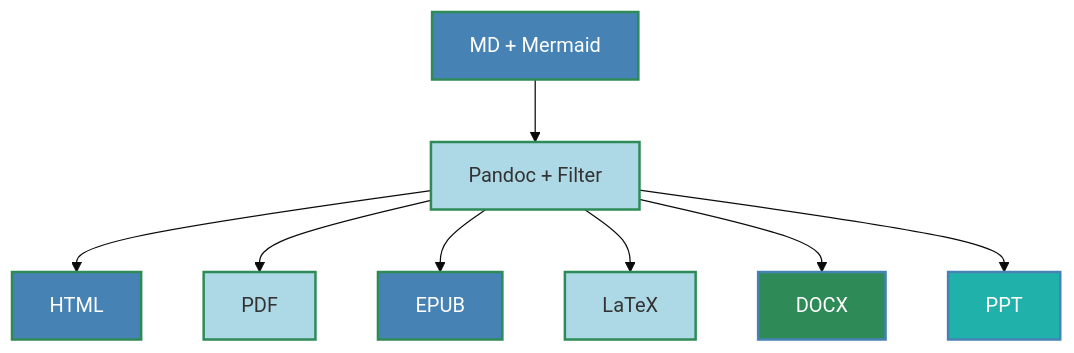
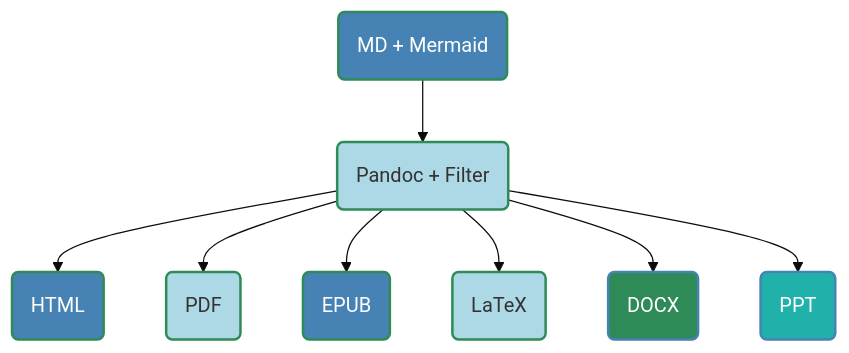
The eighth of 11 diagrams in README.md (buckeye43210/markdown-to-snowkb), drawn with Mermaid (base theme) before and after one commit. The commit also changed other lines of this file and 1 other file, not shown here.

````diff
--- a/README.md
+++ b/README.md
@@ -378,19 +379,20 @@
 ```mermaid
 graph TD
-    A[MD + Mermaid] --> B[Pandoc + Filter]
-    B --> C[HTML]
-    B --> D[PDF]
-    B --> E[EPUB]
-    B --> F[LaTeX]
-    B --> G[DOCX]
-    B --> H[PPT]
+    A(MD + Mermaid)
+    A --> B(Pandoc + Filter)
+    B --> C(HTML)
+    B --> D(PDF)
+    B --> E(EPUB)
+    B --> F(LaTeX)
+    B --> G(DOCX)
+    B --> H(PPT)
 
     style A fill:#4682B4,stroke:#2E8B57,stroke-width:2px,color:#FFFFFF
     style B fill:#ADD8E6,stroke:#2E8B57,stroke-width:2px
     style C fill:#4682B4,stroke:#2E8B57,stroke-width:2px,color:#FFFFFF
     style D fill:#ADD8E6,stroke:#2E8B57,stroke-width:2px
     style E fill:#4682B4,stroke:#2E8B57,stroke-width:2px,color:#FFFFFF
     style F fill:#ADD8E6,stroke:#2E8B57,stroke-width:2px
     style G fill:#2E8B57,stroke:#4682B4,stroke-width:2px,color:#FFFFFF
     style H fill:#20B2AA,stroke:#4682B4,stroke-width:2px,color:#FFFFFF
 ```
````
